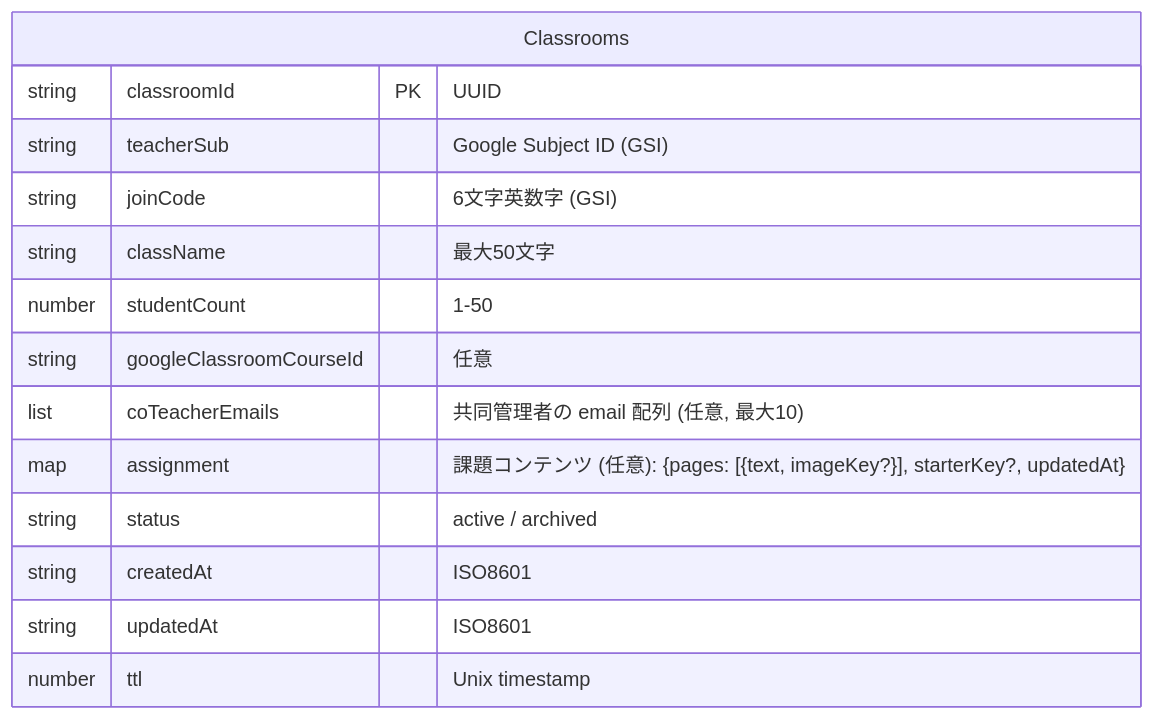
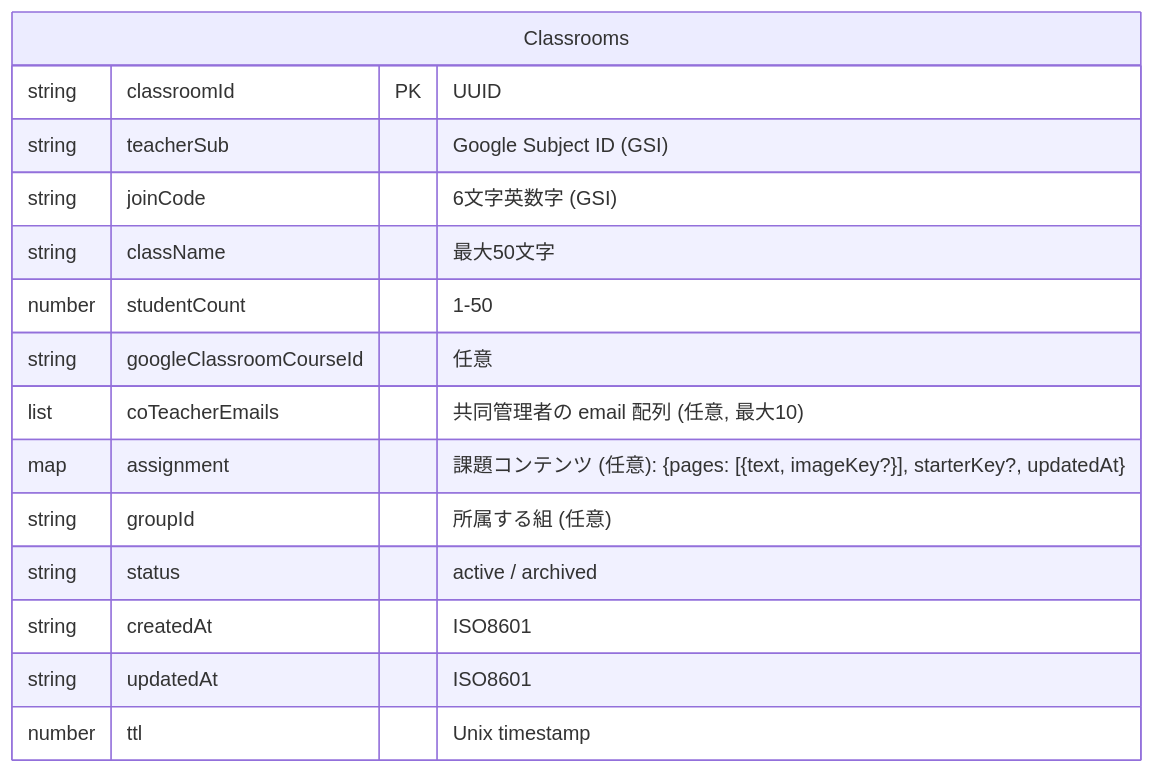
The third of 7 diagrams in docs/classroom/architecture.md (smalruby/smalruby3-editor), drawn with Mermaid before and after one commit. The commit also changed other lines of this file and 5 other files, not shown here.

````diff
--- a/docs/classroom/architecture.md
+++ b/docs/classroom/architecture.md
@@ -203,17 +207,18 @@
 ```mermaid
 erDiagram
     Classrooms {
         string classroomId PK "UUID"
         string teacherSub "Google Subject ID (GSI)"
         string joinCode "6文字英数字 (GSI)"
         string className "最大50文字"
         number studentCount "1-50"
         string googleClassroomCourseId "任意"
         list coTeacherEmails "共同管理者の email 配列 (任意, 最大10)"
         map assignment "課題コンテンツ (任意): {pages: [{text, imageKey?}], starterKey?, updatedAt}"
+        string groupId "所属する組 (任意)"
         string status "active / archived"
         string createdAt "ISO8601"
         string updatedAt "ISO8601"
         number ttl "Unix timestamp"
     }
 ```
````
